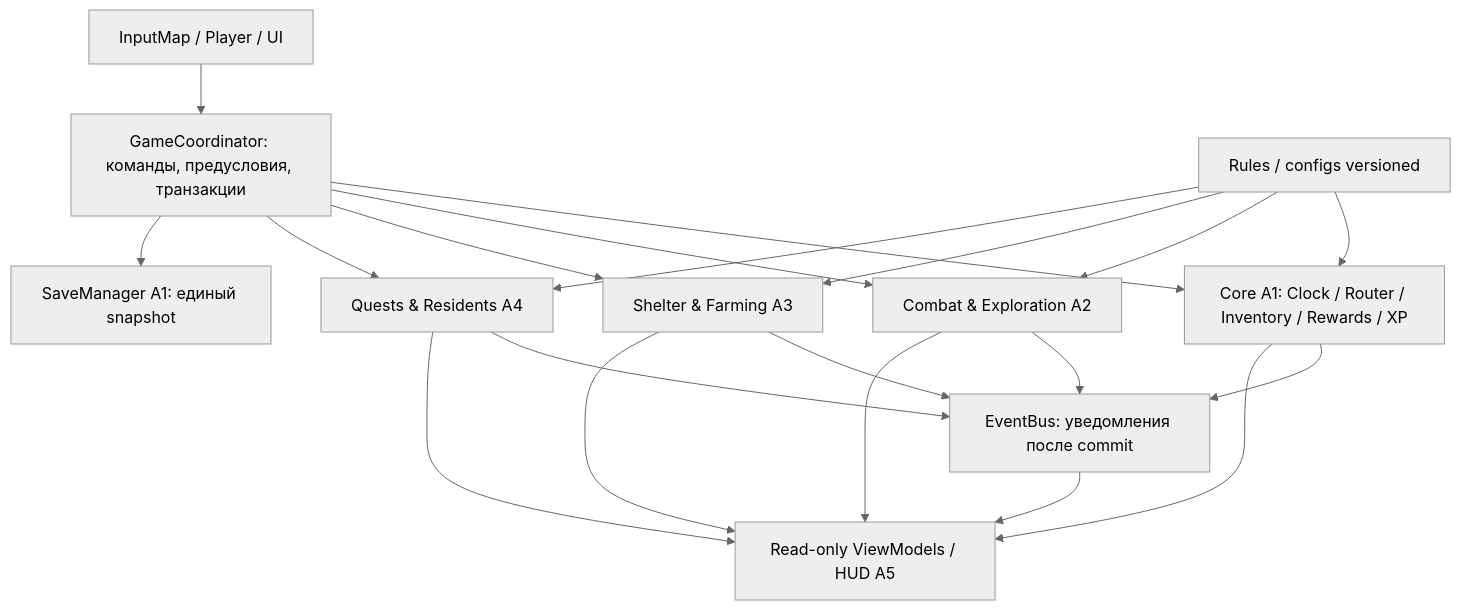
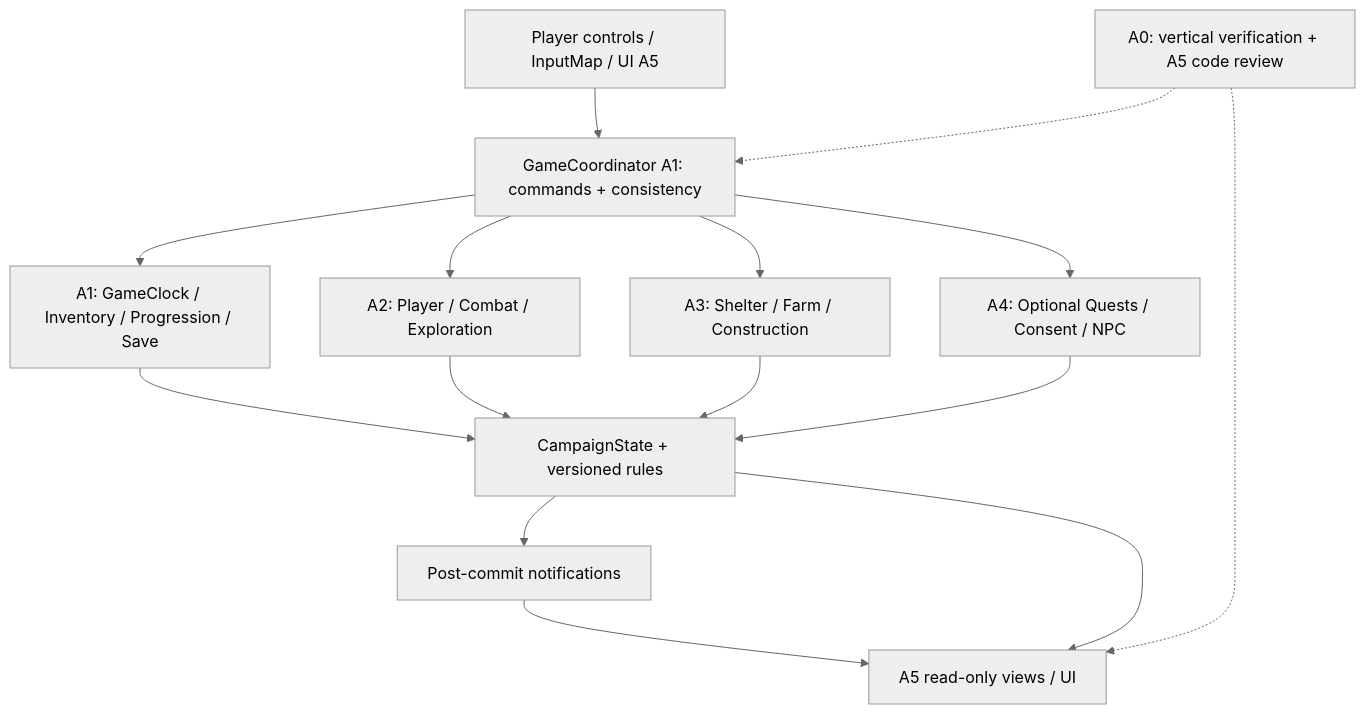
The diagram in docs/book-01/06-application-architecture-proposal.md (AndreyCokol/My_shelter), drawn with Mermaid (neutral theme) before and after one commit. The commit also changed other lines of this file, not shown here.

Commit message:
docs(architecture): unify modular sandbox design and A5/A1/A0 responsibilities

````diff
--- a/docs/book-01/06-application-architecture-proposal.md
+++ b/docs/book-01/06-application-architecture-proposal.md
@@ -15,22 +9,17 @@
 ```mermaid
 flowchart TB
-  INPUT[InputMap / Player / UI] --> APP[GameCoordinator: команды, предусловия, транзакции]
-  APP --> CORE[Core A1: Clock / Router / Inventory / Rewards / XP]
-  APP --> COMBAT[Combat & Exploration A2]
-  APP --> FARM[Shelter & Farming A3]
-  APP --> STORY[Quests & Residents A4]
-  APP --> SAVE[SaveManager A1: единый snapshot]
-  RULES[Rules / configs versioned] --> CORE
-  RULES --> COMBAT
-  RULES --> FARM
-  RULES --> STORY
-  CORE --> BUS[EventBus: уведомления после commit]
-  COMBAT --> BUS
-  FARM --> BUS
-  STORY --> BUS
-  BUS --> VIEW[Read-only ViewModels / HUD A5]
-  CORE --> VIEW
-  COMBAT --> VIEW
-  FARM --> VIEW
-  STORY --> VIEW
+  INPUT["Player controls / InputMap / UI A5"] --> COMMAND["GameCoordinator A1: commands + consistency"]
+  COMMAND --> CORE["A1: GameClock / Inventory / Progression / Save"]
+  COMMAND --> COMBAT["A2: Player / Combat / Exploration"]
+  COMMAND --> FARM["A3: Shelter / Farm / Construction"]
+  COMMAND --> STORY["A4: Optional Quests / Consent / NPC"]
+  CORE --> STATE["CampaignState + versioned rules"]
+  COMBAT --> STATE
+  FARM --> STATE
+  STORY --> STATE
+  STATE --> EVENTS["Post-commit notifications"]
+  EVENTS --> VIEW["A5 read-only views / UI"]
+  STATE --> VIEW
+  REVIEW["A0: vertical verification + A5 code review"] -.-> VIEW
+  REVIEW -.-> COMMAND
 ```
````
